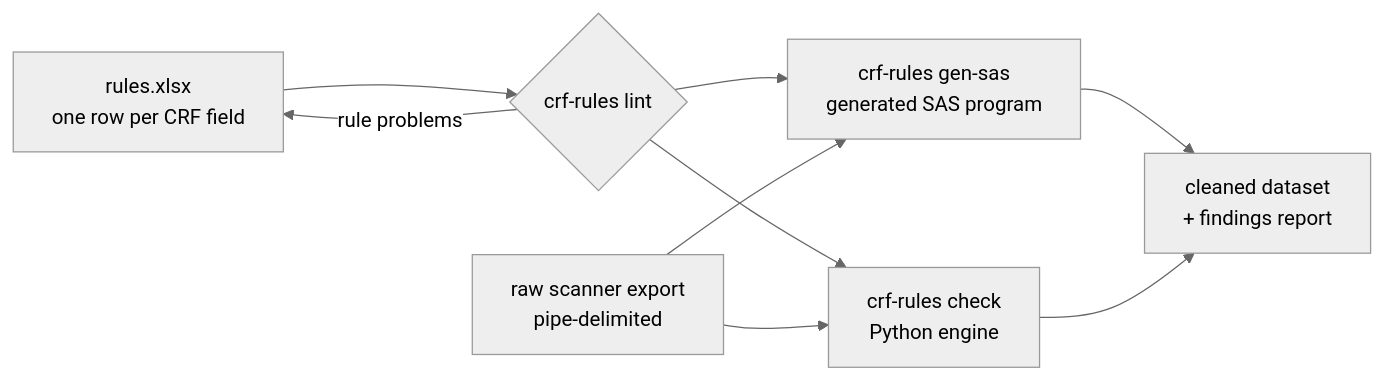
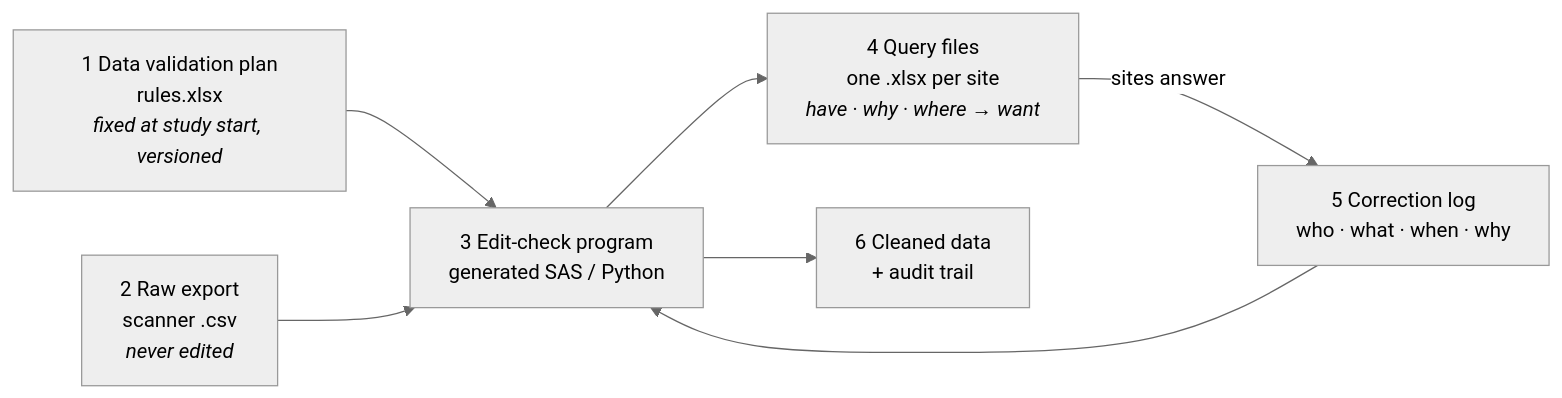
One commit to carpetcrawler78/crf-rule-engine changed the diagram in README.md. Above: the diagram before and after it, drawn with Mermaid (neutral theme). The commit also changed other lines of this file and 22 other files, not shown here.

First line of the commit message:
Cleaning cycle with queries and audit trail; slim SAS; stlite browser app

````diff
--- a/README.md
+++ b/README.md
@@ -26,11 +15,15 @@
 ```mermaid
 flowchart LR
-    A[rules.xlsx<br/>one row per CRF field] --> B{crf-rules lint}
-    B -->|rule problems| A
-    B --> C[crf-rules gen-sas<br/>generated SAS program]
-    B --> D[crf-rules check<br/>Python engine]
-    R[raw scanner export<br/>pipe-delimited] --> C
-    R --> D
-    C --> E[cleaned dataset<br/>+ findings report]
-    D --> E
+    DVP["1 Data validation plan<br/>rules.xlsx<br/><i>fixed at study start, versioned</i>"]
+    RAW["2 Raw export<br/>scanner .csv<br/><i>never edited</i>"]
+    PRG["3 Edit-check program<br/>generated SAS / Python"]
+    Q["4 Query files<br/>one .xlsx per site<br/><i>have · why · where → want</i>"]
+    LOG["5 Correction log<br/>who · what · when · why"]
+    OUT["6 Cleaned data<br/>+ audit trail"]
+    DVP --> PRG
+    RAW --> PRG
+    LOG --> PRG
+    PRG --> Q
+    Q -- "sites answer" --> LOG
+    PRG --> OUT
 ```
````
